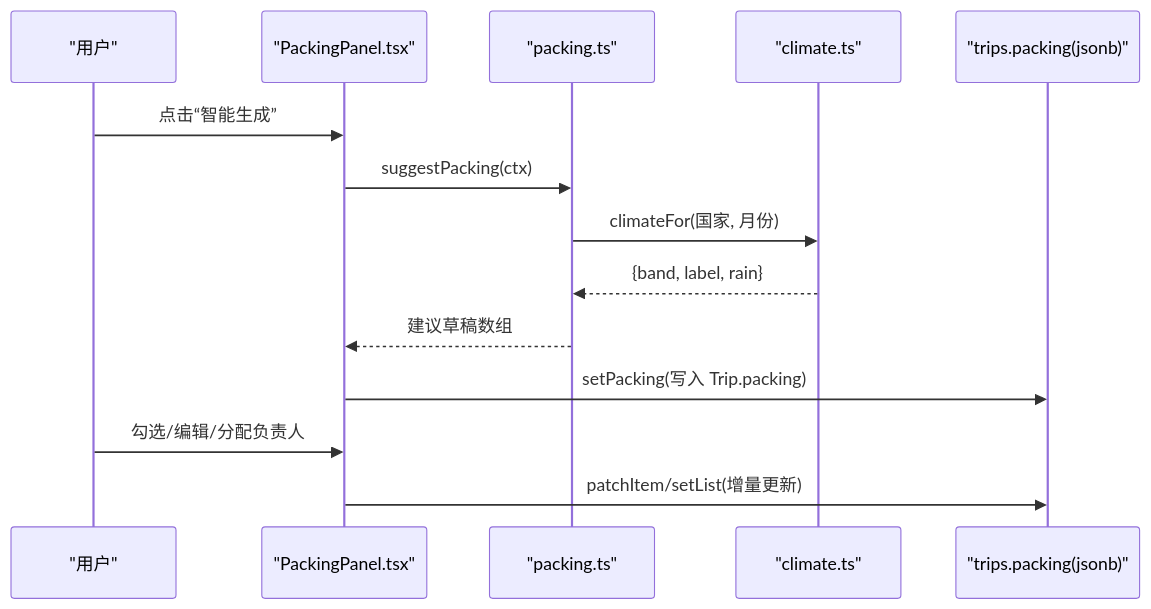
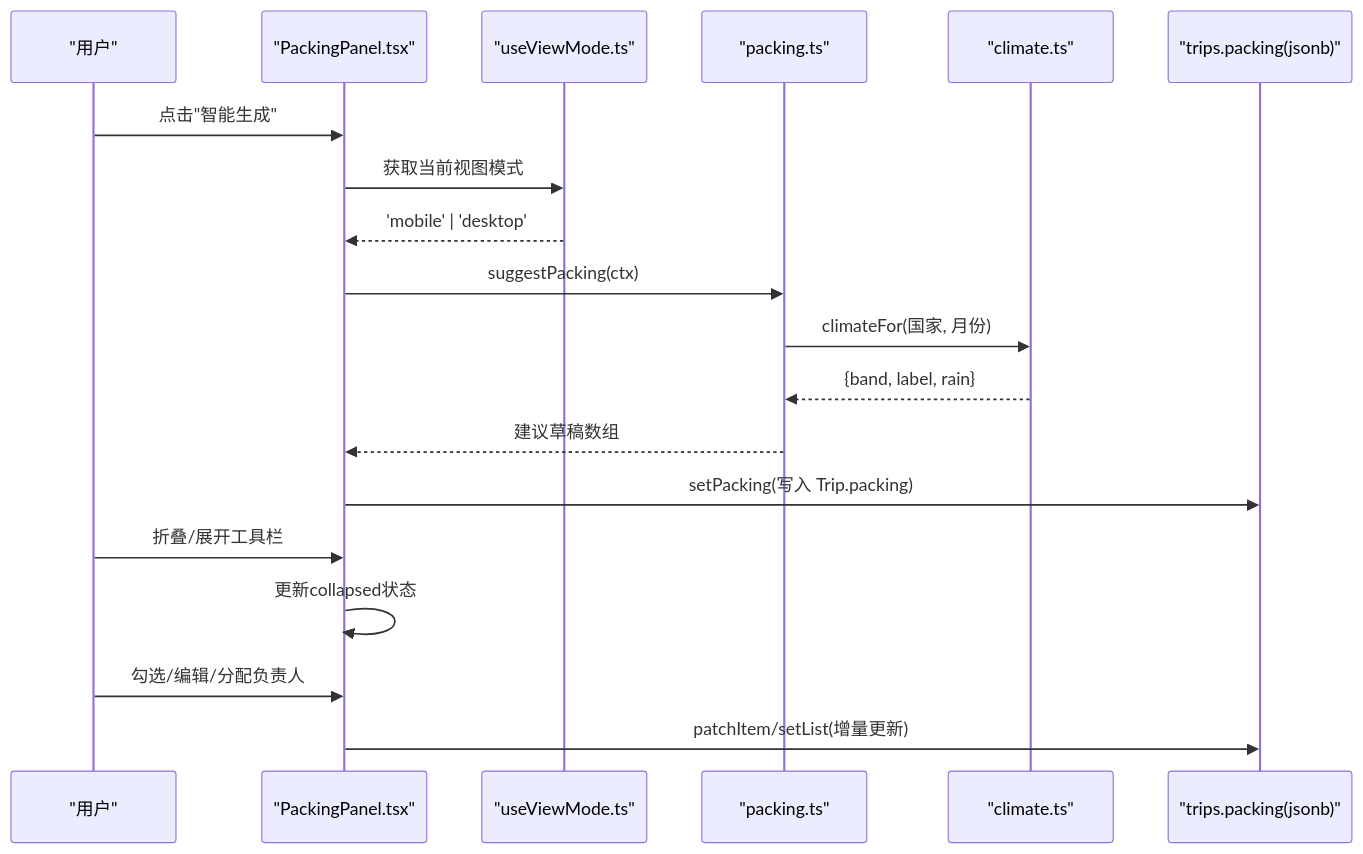
The second of 8 diagrams in .qoder/repowiki/zh/content/核心功能模块/打包清单模块.md (huangyilu/wanwuyishi), drawn with Mermaid before and after one commit. The commit also changed other lines of this file and 103 other files, not shown here.

````diff
--- a/.qoder/repowiki/zh/content/核心功能模块/打包清单模块.md
+++ b/.qoder/repowiki/zh/content/核心功能模块/打包清单模块.md
@@ -78,16 +103,21 @@
 ```mermaid
 sequenceDiagram
 participant U as "用户"
 participant UI as "PackingPanel.tsx"
+participant VM as "useViewMode.ts"
 participant D as "packing.ts"
 participant CL as "climate.ts"
 participant DB as "trips.packing(jsonb)"
-U->>UI : 点击“智能生成”
+U->>UI : 点击"智能生成"
+UI->>VM : 获取当前视图模式
+VM-->>UI : 'mobile' | 'desktop'
 UI->>D : suggestPacking(ctx)
 D->>CL : climateFor(国家, 月份)
 CL-->>D : {band, label, rain}
 D-->>UI : 建议草稿数组
 UI->>DB : setPacking(写入 Trip.packing)
+U->>UI : 折叠/展开工具栏
+UI->>UI : 更新collapsed状态
 U->>UI : 勾选/编辑/分配负责人
 UI->>DB : patchItem/setList(增量更新)
 ```
````
